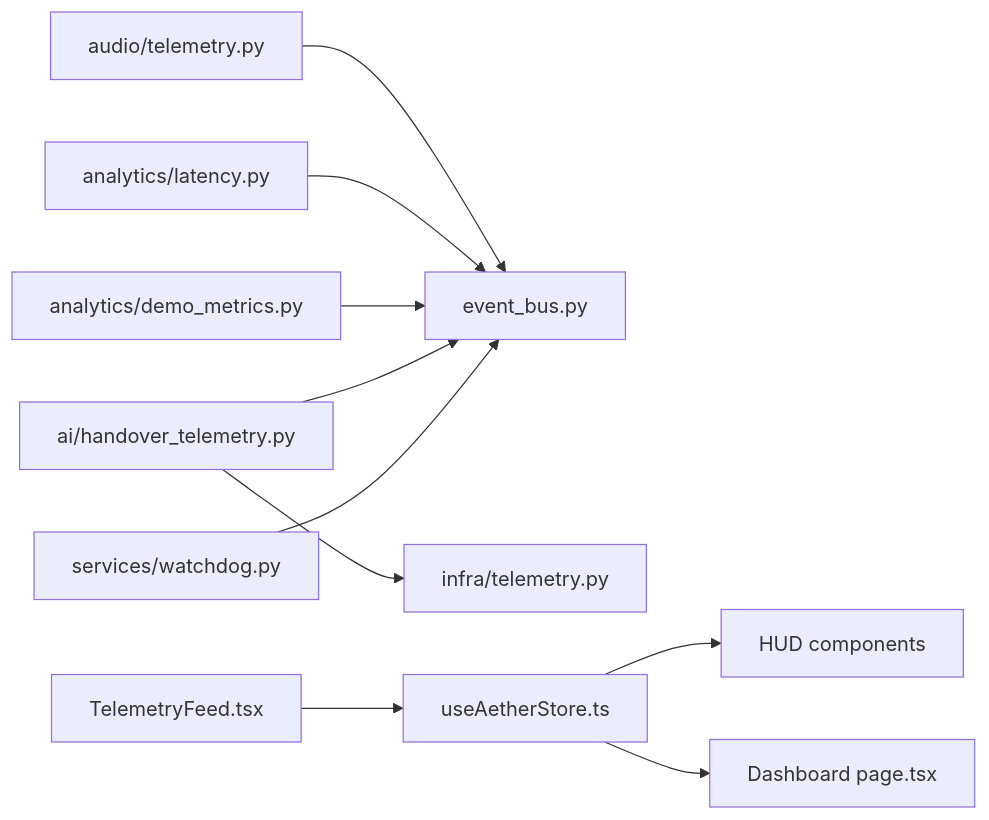
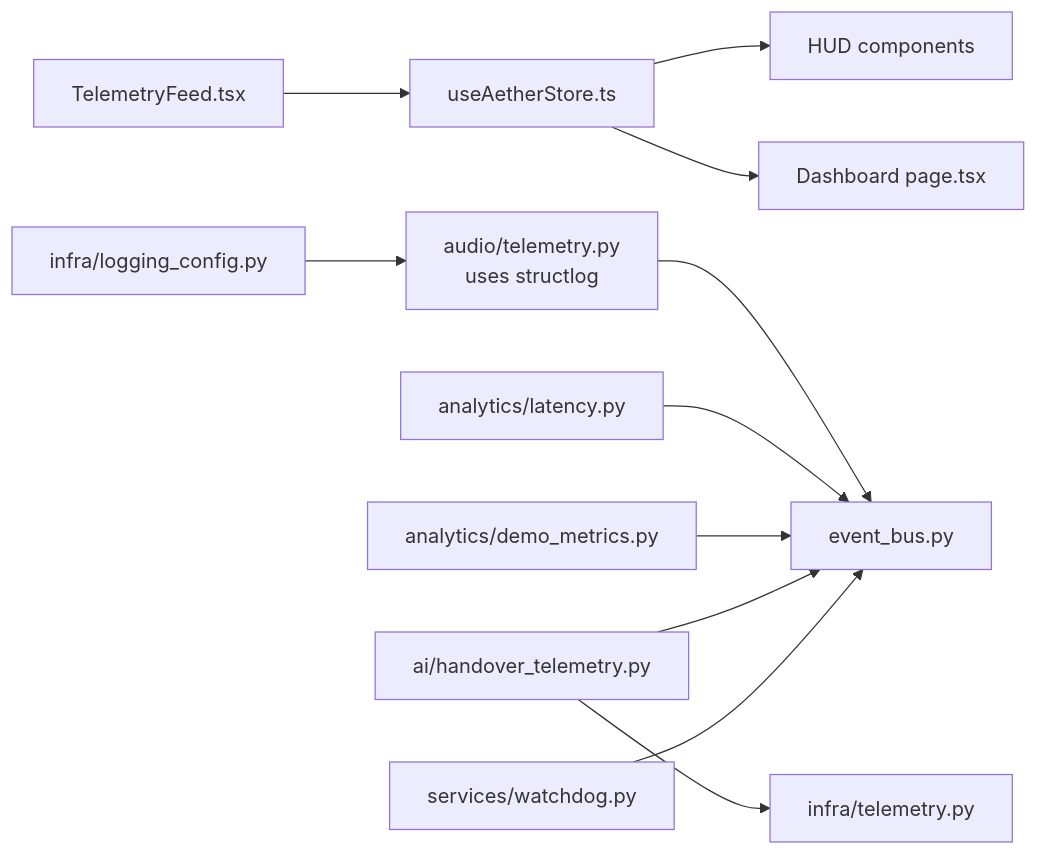
One commit to Moeabdelaziz007/Aether-Voice-OS changed diagram 12 of 12 in .qoder/repowiki/en/content/Deployment and Operations/Monitoring and Operational Logging.md. Above: the diagram before and after it, drawn with Mermaid. The commit also changed other lines of this file and 29 other files, not shown here.

````diff
--- a/.qoder/repowiki/en/content/Deployment and Operations/Monitoring and Operational Logging.md
+++ b/.qoder/repowiki/en/content/Deployment and Operations/Monitoring and Operational Logging.md
@@ -429,12 +504,13 @@
 ```mermaid
 graph LR
-AudioTel["audio/telemetry.py"] --> Bus["event_bus.py"]
+AudioTel["audio/telemetry.py<br/>uses structlog"] --> Bus["event_bus.py"]
 Latency["analytics/latency.py"] --> Bus
 Demo["analytics/demo_metrics.py"] --> Bus
 Handover["ai/handover_telemetry.py"] --> Otel["infra/telemetry.py"]
 Handover --> Bus
 FE_Store["useAetherStore.ts"] --> FE_HUD["HUD components"]
 FE_Store --> FE_Dash["Dashboard page.tsx"]
 FE_TelemUI["TelemetryFeed.tsx"] --> FE_Store
 Watchdog["services/watchdog.py"] --> Bus
+Structlog["infra/logging_config.py"] --> AudioTel
 ```
````
